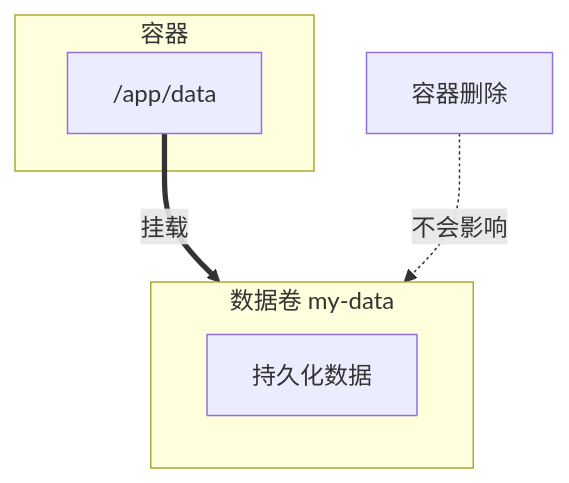
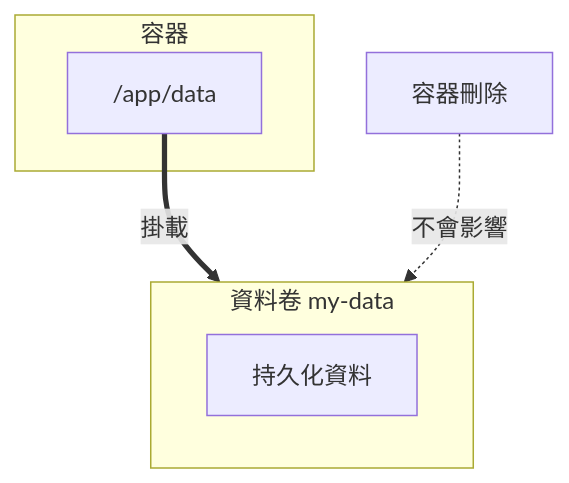
One commit to doggy8088/docker_practice changed the third of 3 diagrams in 08_data/8.1_volume.md. Above: the diagram before and after it, drawn with Mermaid. The commit also changed other lines of this file and 210 other files, not shown here.

````diff
--- a/08_data/8.1_volume.md
+++ b/08_data/8.1_volume.md
@@ -48,13 +48,13 @@
 ```mermaid
 graph TD
     subgraph Container [容器]
         AppDir["/app/data"]
     end
     
-    subgraph Volume [数据卷 my-data]
-        Data[持久化数据]
+    subgraph Volume [資料卷 my-data]
+        Data[持久化資料]
     end
     
-    AppDir == 挂载 ==> Volume
-    Delete[容器删除] -.->|不会影响| Volume
+    AppDir == 掛載 ==> Volume
+    Delete[容器刪除] -.->|不會影響| Volume
 ```
````
